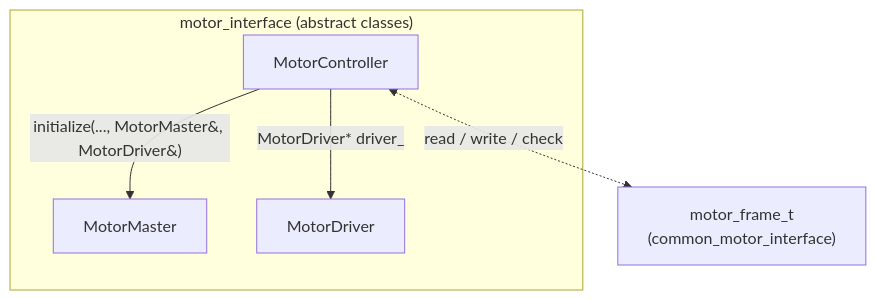
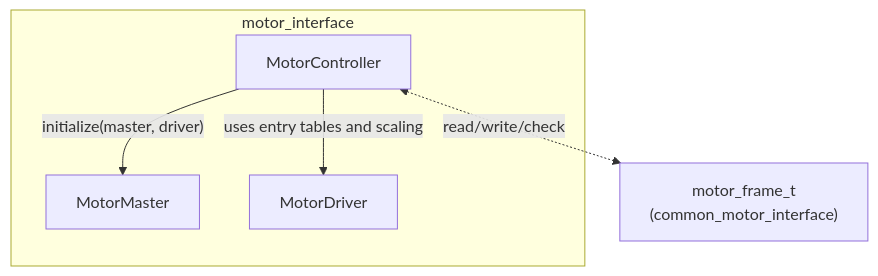
The diagram in core/motor_interface/README.md (SeonilChoi/MOTOR-MANAGER), drawn with Mermaid before and after one commit. The commit also changed other lines of this file and 6 other files, not shown here.

````diff
--- a/core/motor_interface/README.md
+++ b/core/motor_interface/README.md
@@ -9,14 +9,14 @@
 ```mermaid
 flowchart TB
-  subgraph motor_interface_classes["motor_interface (abstract classes)"]
+  subgraph abstractions["motor_interface"]
     MM[MotorMaster]
     CTRL[MotorController]
     DRV[MotorDriver]
   end
 
   MF["motor_frame_t\n(common_motor_interface)"]
 
-  CTRL -->|"initialize(..., MotorMaster&, MotorDriver&)"| MM
-  CTRL -->|"MotorDriver* driver_"| DRV
-  CTRL <-.->|"read / write / check"| MF
+  CTRL -->|"initialize(master, driver)"| MM
+  CTRL -->|"uses entry tables and scaling"| DRV
+  CTRL <-.->|"read/write/check"| MF
 ```
````
